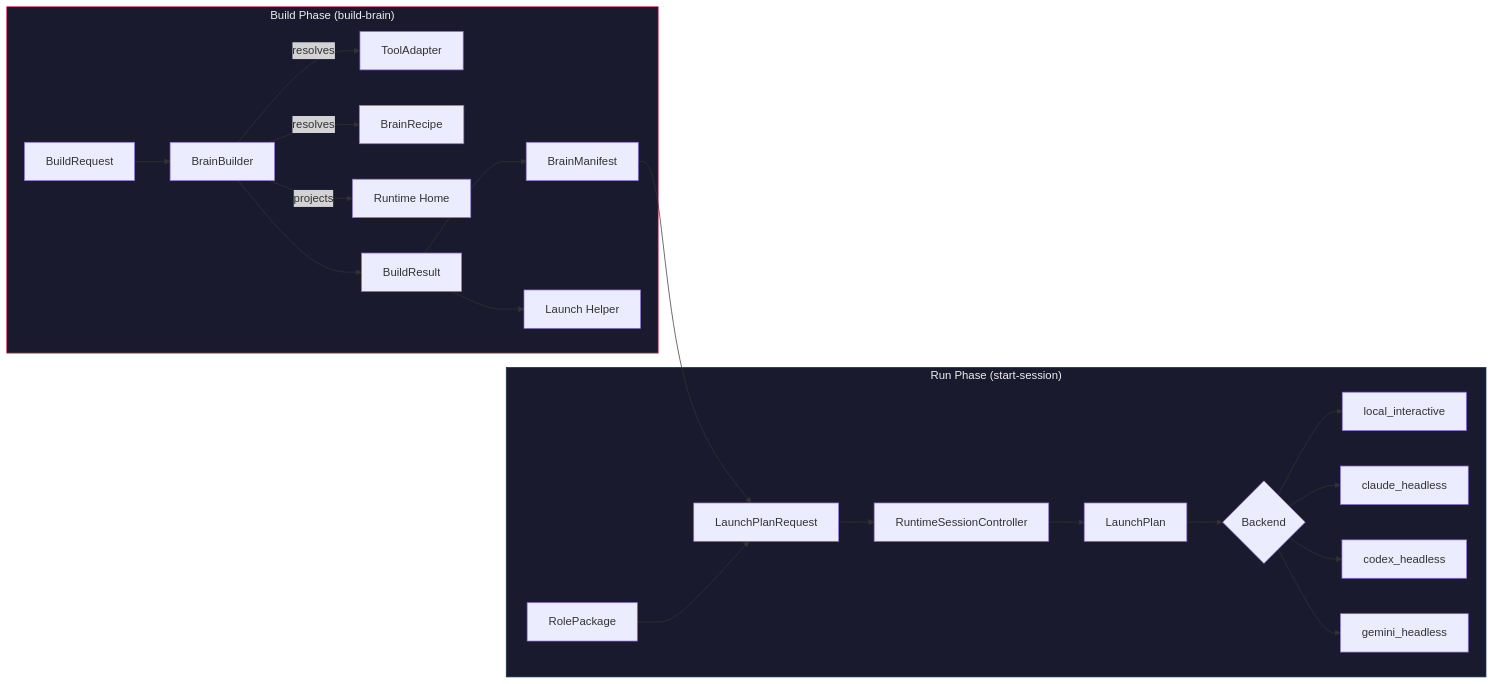
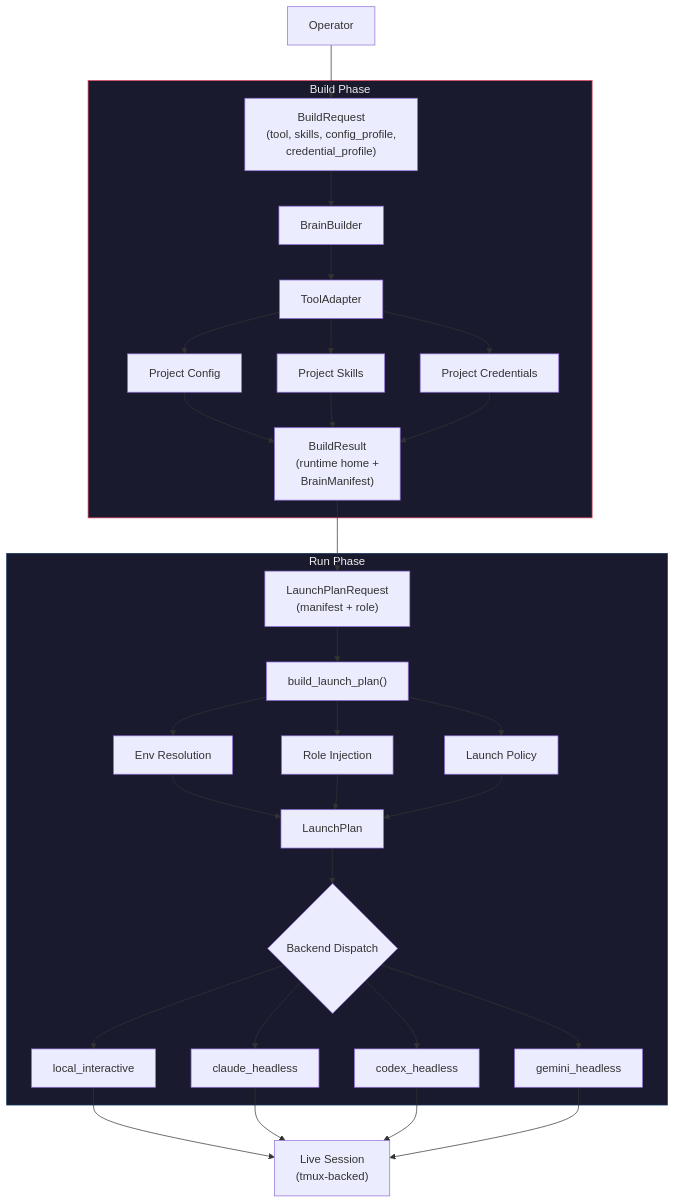
Before and after one commit to igamenovoer/houmao: the first of 2 diagrams in docs/getting-started/overview.md, drawn with Mermaid. The commit also changed other lines of this file and 13 other files, not shown here.

First line of the commit message:
docs: add 20 Mermaid diagrams across docs/

````diff
--- a/docs/getting-started/overview.md
+++ b/docs/getting-started/overview.md
@@ -7,27 +9,40 @@
 ```mermaid
-flowchart LR
-    subgraph Build["Build Phase (build-brain)"]
-        BR[BuildRequest] --> BB[BrainBuilder]
-        BB --> |resolves| TA[ToolAdapter]
-        BB --> |resolves| REC[BrainRecipe]
-        BB --> |projects| RH[Runtime Home]
-        BB --> BRES[BuildResult]
-        BRES --> MAN[BrainManifest]
-        BRES --> LH[Launch Helper]
+flowchart TD
+    Op["Operator"] --> BR["BuildRequest<br/>(tool, skills, config_profile,<br/>credential_profile)"]
+
+    subgraph Build["Build Phase"]
+        BR --> BB["BrainBuilder"]
+        BB --> TA["ToolAdapter"]
+        TA --> PC["Project Config"]
+        TA --> PS["Project Skills"]
+        TA --> CRED["Project Credentials"]
+        PC --> BRES["BuildResult<br/>(runtime home +<br/>BrainManifest)"]
+        PS --> BRES
+        CRED --> BRES
     end
 
-    subgraph Run["Run Phase (start-session)"]
-        MAN --> LPR[LaunchPlanRequest]
-        RP[RolePackage] --> LPR
-        LPR --> RSC[RuntimeSessionController]
-        RSC --> LP[LaunchPlan]
-        LP --> BE{Backend}
-        BE --> LI[local_interactive]
-        BE --> CH[claude_headless]
-        BE --> CXH[codex_headless]
-        BE --> GH[gemini_headless]
+    BRES --> LPR["LaunchPlanRequest<br/>(manifest + role)"]
+
+    subgraph Run["Run Phase"]
+        LPR --> BLP["build_launch_plan()"]
+        BLP --> ENV["Env Resolution"]
+        BLP --> RI["Role Injection"]
+        BLP --> POL["Launch Policy"]
+        ENV --> LP["LaunchPlan"]
+        RI --> LP
+        POL --> LP
+        LP --> BD{"Backend Dispatch"}
+        BD --> LI["local_interactive"]
+        BD --> CH["claude_headless"]
+        BD --> CXH["codex_headless"]
+        BD --> GH["gemini_headless"]
     end
+
+    LI --> LS["Live Session<br/>(tmux-backed)"]
+    CH --> LS
+    CXH --> LS
+    GH --> LS
 
     style Build fill:#1a1a2e,stroke:#e94560,color:#eee
     style Run fill:#1a1a2e,stroke:#0f3460,color:#eee
 ```
````
